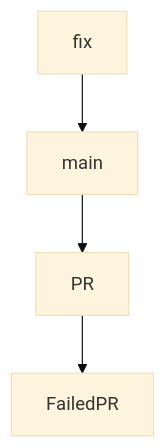
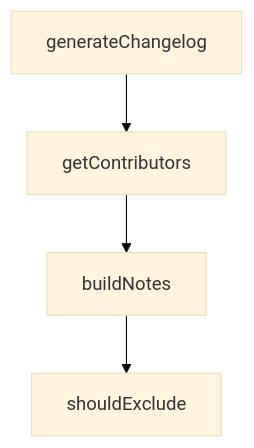
One commit to johnxie/awesome-code-docs changed the diagram in tutorials/kilocode-tutorial/06-extensions-mcp-and-custom-modes.md. Above: the diagram before and after it, drawn with Mermaid (base theme). The commit also changed other lines of this file and 1232 other files, not shown here.

````diff
--- a/tutorials/kilocode-tutorial/06-extensions-mcp-and-custom-modes.md
+++ b/tutorials/kilocode-tutorial/06-extensions-mcp-and-custom-modes.md
@@ -204,10 +202,10 @@
 ```mermaid
 flowchart TD
-    A[fix]
-    B[main]
-    C[PR]
-    D[FailedPR]
+    A[generateChangelog]
+    B[getContributors]
+    C[buildNotes]
+    D[shouldExclude]
     A --> B
     B --> C
     C --> D
 ```
````
